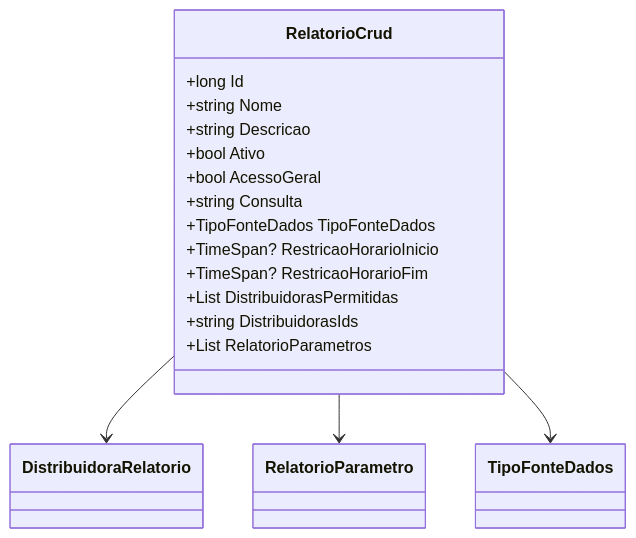
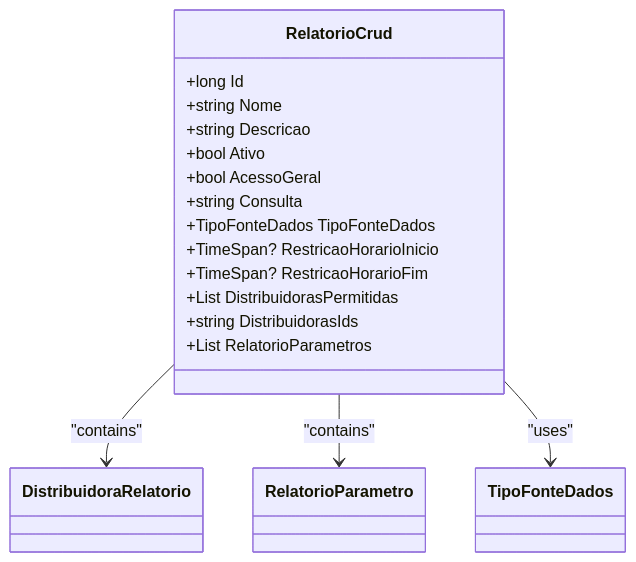
One commit to IsthmusSistemas/documentacao-tecnica changed the diagram in docs/b2b-dominio/IsthmusWinthor.Nucleo/IsthmusWinthor.Dominio/Relatorios/Crud/RelatorioCrud.md. Above: the diagram before and after it, drawn with Mermaid. The commit also changed other lines of this file and 882 other files, not shown here.

````diff
--- a/docs/b2b-dominio/IsthmusWinthor.Nucleo/IsthmusWinthor.Dominio/Relatorios/Crud/RelatorioCrud.md
+++ b/docs/b2b-dominio/IsthmusWinthor.Nucleo/IsthmusWinthor.Dominio/Relatorios/Crud/RelatorioCrud.md
@@ -26,21 +27,20 @@
 ```mermaid
 classDiagram
     class RelatorioCrud {
         +long Id
         +string Nome
         +string Descricao
         +bool Ativo
         +bool AcessoGeral
         +string Consulta
         +TipoFonteDados TipoFonteDados
         +TimeSpan? RestricaoHorarioInicio
         +TimeSpan? RestricaoHorarioFim
         +List<DistribuidoraRelatorio> DistribuidorasPermitidas
         +string DistribuidorasIds
         +List<RelatorioParametro> RelatorioParametros
     }
-
-    RelatorioCrud --> DistribuidoraRelatorio
-    RelatorioCrud --> RelatorioParametro
-    RelatorioCrud --> TipoFonteDados
-``` 
+    RelatorioCrud --> DistribuidoraRelatorio : "contains"
+    RelatorioCrud --> RelatorioParametro : "contains"
+    RelatorioCrud --> TipoFonteDados : "uses"
+```
````
